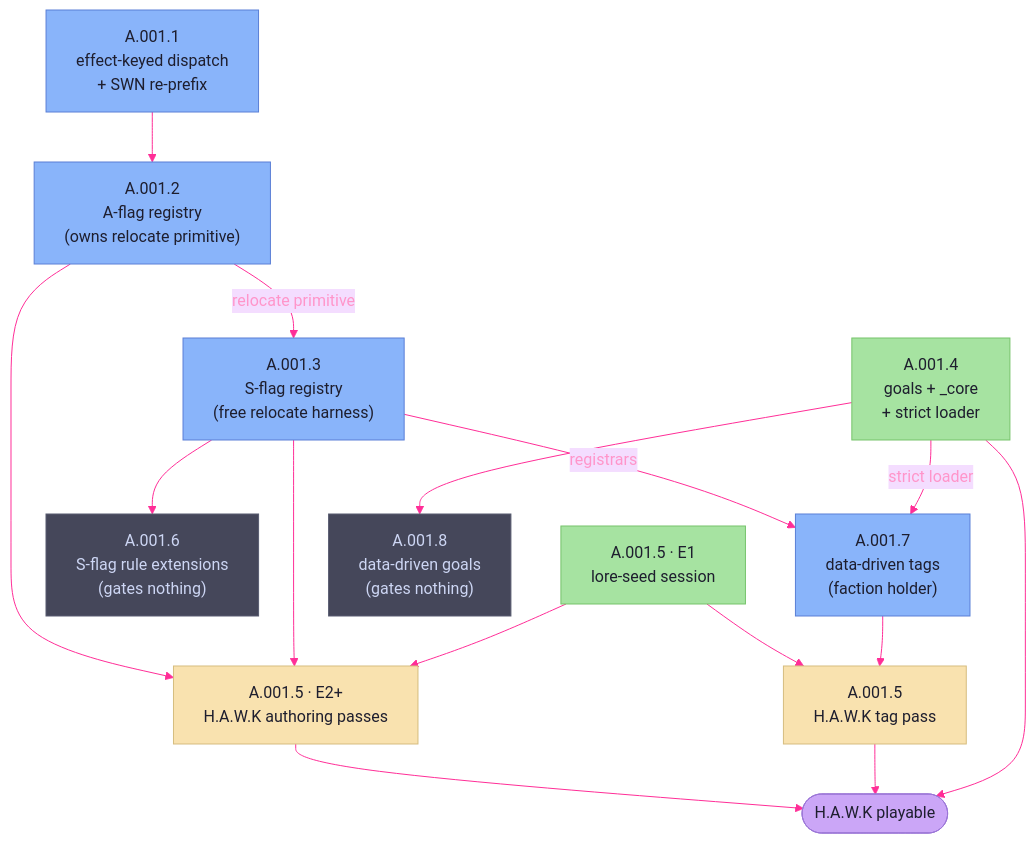
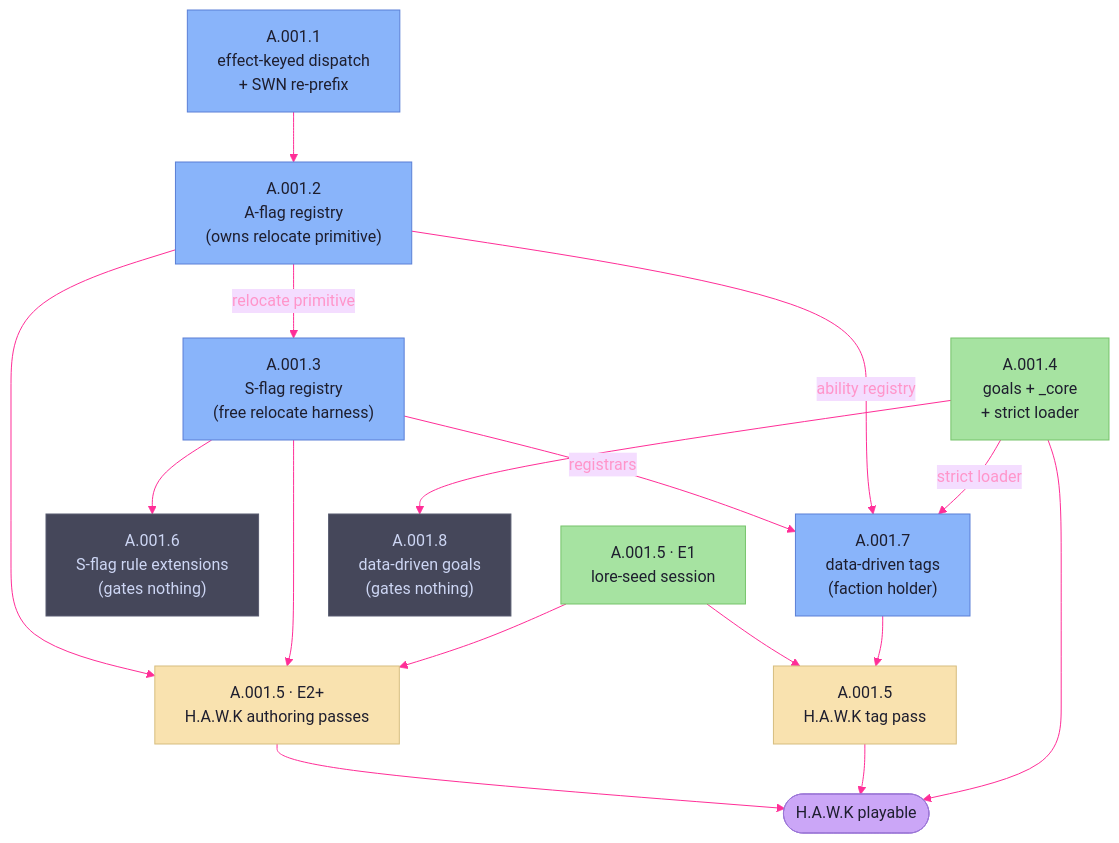
One commit to therobertcrocker/gm-toolkit changed the diagram in docs/initiatives/arcs/A.001-data-driven-rulebook/A.001-data-driven-rulebook-arc-plan.md. Above: the diagram before and after it, drawn with Mermaid. The commit also changed other lines of this file and 2 other files, not shown here.

````diff
--- a/docs/initiatives/arcs/A.001-data-driven-rulebook/A.001-data-driven-rulebook-arc-plan.md
+++ b/docs/initiatives/arcs/A.001-data-driven-rulebook/A.001-data-driven-rulebook-arc-plan.md
@@ -53,42 +60,43 @@
 ```mermaid
 ---
 config:
   theme: base
   themeVariables:
     primaryTextColor: '#ff95ca'
     lineColor: '#ff2e97'
 ---
 flowchart TD
   Core["A.001.4<br>goals + _core<br>+ strict loader"]:::free
   Lore["A.001.5 · E1<br>lore-seed session"]:::free
   R018["A.001.1<br>effect-keyed dispatch<br>+ SWN re-prefix"]:::spine
   A["A.001.2<br>A-flag registry<br>(owns relocate primitive)"]:::spine
   S["A.001.3<br>S-flag registry<br>(free relocate harness)"]:::spine
   Rules["A.001.6<br>S-flag rule extensions<br>(gates nothing)"]:::muted
   Tags["A.001.7<br>data-driven tags<br>(faction holder)"]:::spine
   Goals["A.001.8<br>data-driven goals<br>(gates nothing)"]:::muted
   Author["A.001.5 · E2+<br>H.A.W.K authoring passes"]:::content
   TagPass["A.001.5<br>H.A.W.K tag pass"]:::content
   Playable(["H.A.W.K playable"]):::milestone
 
   R018 --> A
   A -- "relocate primitive" --> S
   A --> Author
   S --> Author
   S --> Rules
   S -- "registrars" --> Tags
+  A -- "ability registry" --> Tags
   Core -- "strict loader" --> Tags
   Core --> Goals
   Lore --> Author
   Lore --> TagPass
   Tags --> TagPass
   Author --> Playable
   TagPass --> Playable
   Core --> Playable
 
   classDef spine     fill:#89b4fa,stroke:#5a7fd6,color:#1e1e2e
   classDef free      fill:#a6e3a1,stroke:#76c36b,color:#1e1e2e
   classDef content   fill:#f9e2af,stroke:#d6bd7f,color:#1e1e2e
   classDef milestone fill:#cba6f7,stroke:#9b76d6,color:#1e1e2e
   classDef muted     fill:#45475a,stroke:#585b70,color:#cdd6f4
 ```
````
